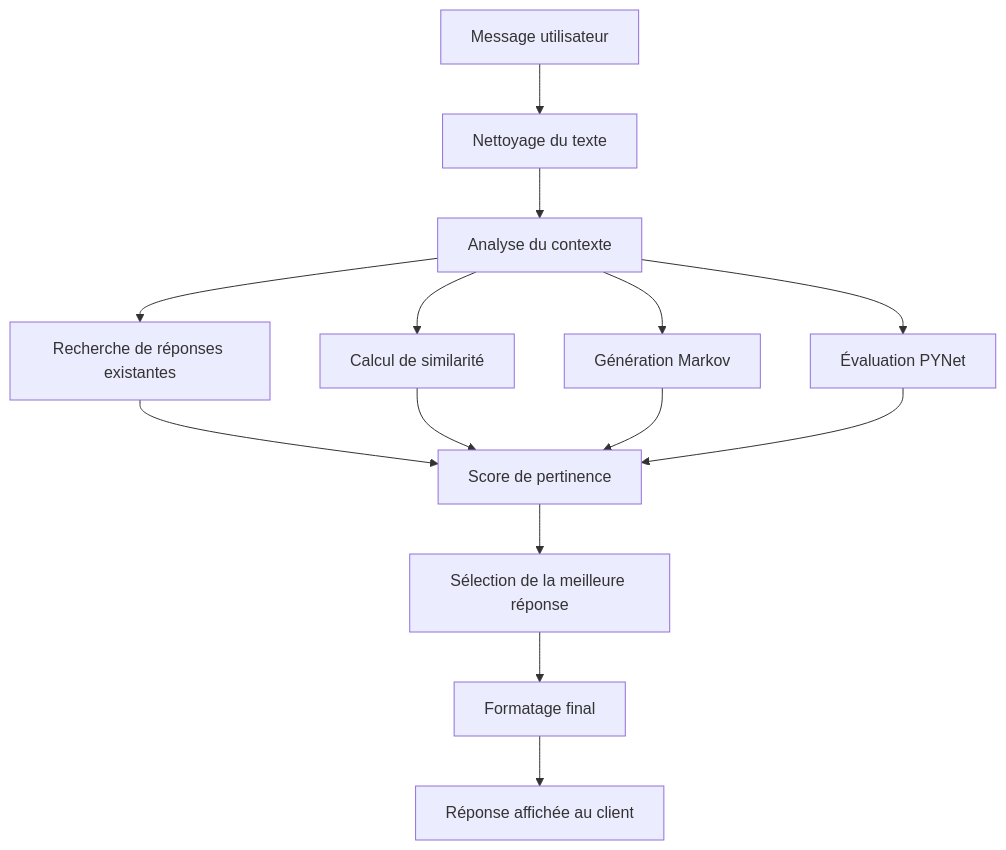
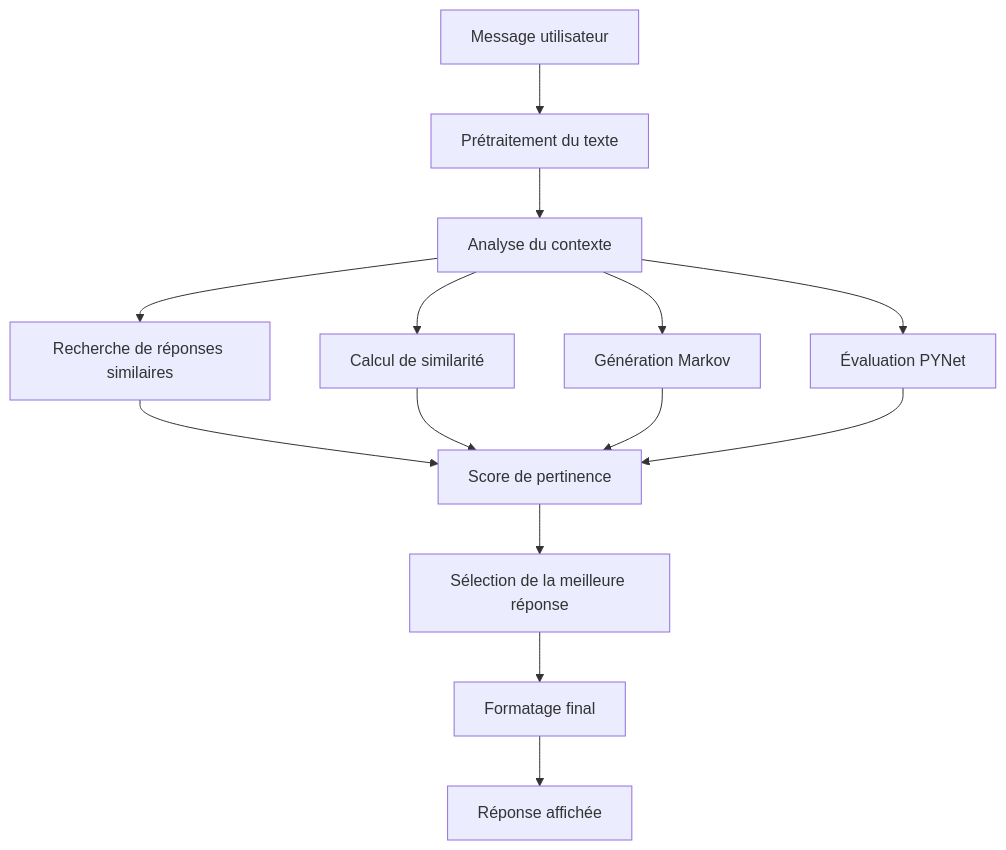
One commit to goby69-code/PYchat changed the first of 2 diagrams in README.md. Above: the diagram before and after it, drawn with Mermaid. The commit also changed other lines of this file, not shown here.

````diff
--- a/README.md
+++ b/README.md
@@ -80,16 +88,16 @@
 ```mermaid
 flowchart TD
-    A[Message utilisateur] --> B[Nettoyage du texte]
+    A[Message utilisateur] --> B[Prétraitement du texte]
     B --> C[Analyse du contexte]
-    C --> D[Recherche de réponses existantes]
+    C --> D[Recherche de réponses similaires]
     C --> E[Calcul de similarité]
     C --> F[Génération Markov]
     C --> G[Évaluation PYNet]
     D --> H[Score de pertinence]
     E --> H
     F --> H
     G --> H
     H --> I[Sélection de la meilleure réponse]
     I --> J[Formatage final]
-    J --> K[Réponse affichée au client]
+    J --> K[Réponse affichée]
 ```
````
